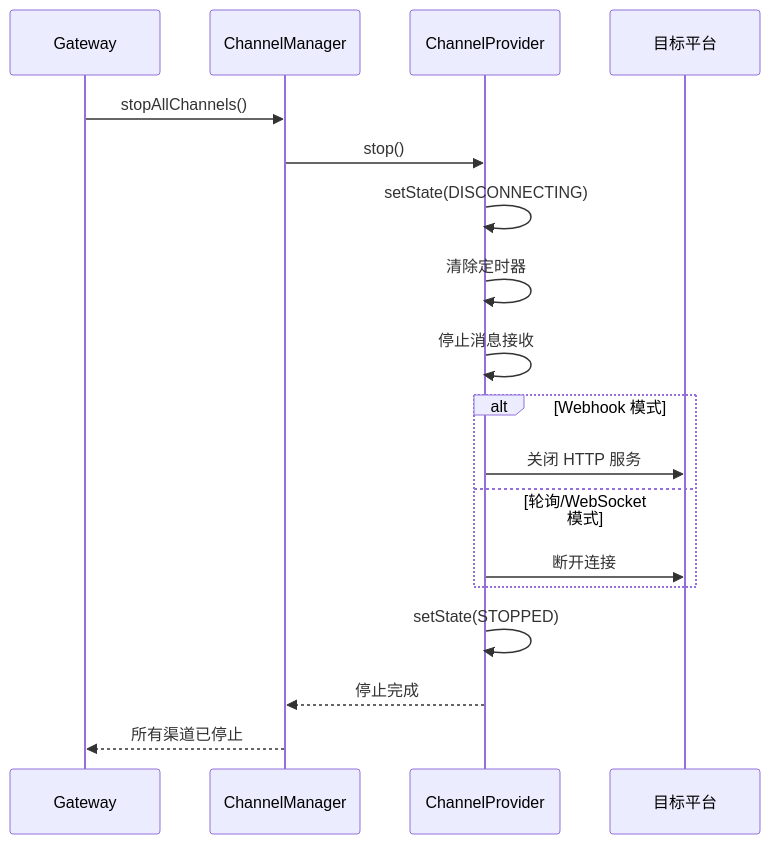
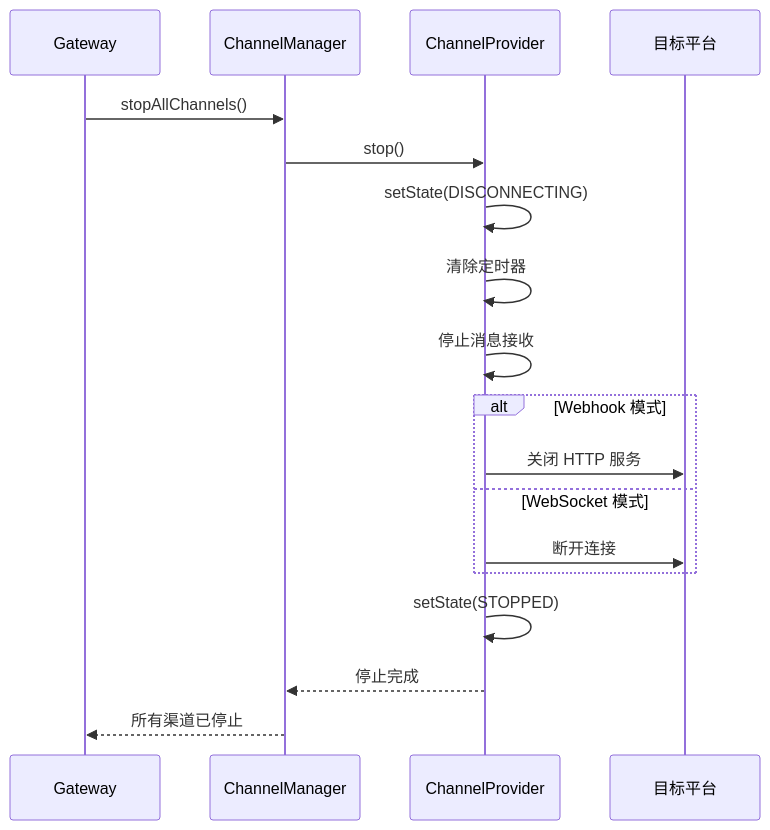
The fourth of 10 diagrams in docs/04-Channels渠道模块.md (jdd-ndd/My-open-claw), drawn with Mermaid before and after one commit. The commit also changed other lines of this file and 1913 other files, not shown here.

````diff
--- a/docs/04-Channels渠道模块.md
+++ b/docs/04-Channels渠道模块.md
@@ -2125,24 +1725,24 @@
 ```mermaid
 sequenceDiagram
     participant GW as Gateway
     participant CM as ChannelManager
     participant CP as ChannelProvider
     participant Platform as 目标平台
 
     GW->>CM: stopAllChannels()
     CM->>CP: stop()
     CP->>CP: setState(DISCONNECTING)
     
     CP->>CP: 清除定时器
     CP->>CP: 停止消息接收
     
     alt Webhook 模式
         CP->>Platform: 关闭 HTTP 服务
-    else 轮询/WebSocket 模式
+    else WebSocket 模式
         CP->>Platform: 断开连接
     end
     
     CP->>CP: setState(STOPPED)
     CP-->>CM: 停止完成
     CM-->>GW: 所有渠道已停止
 ```
````
